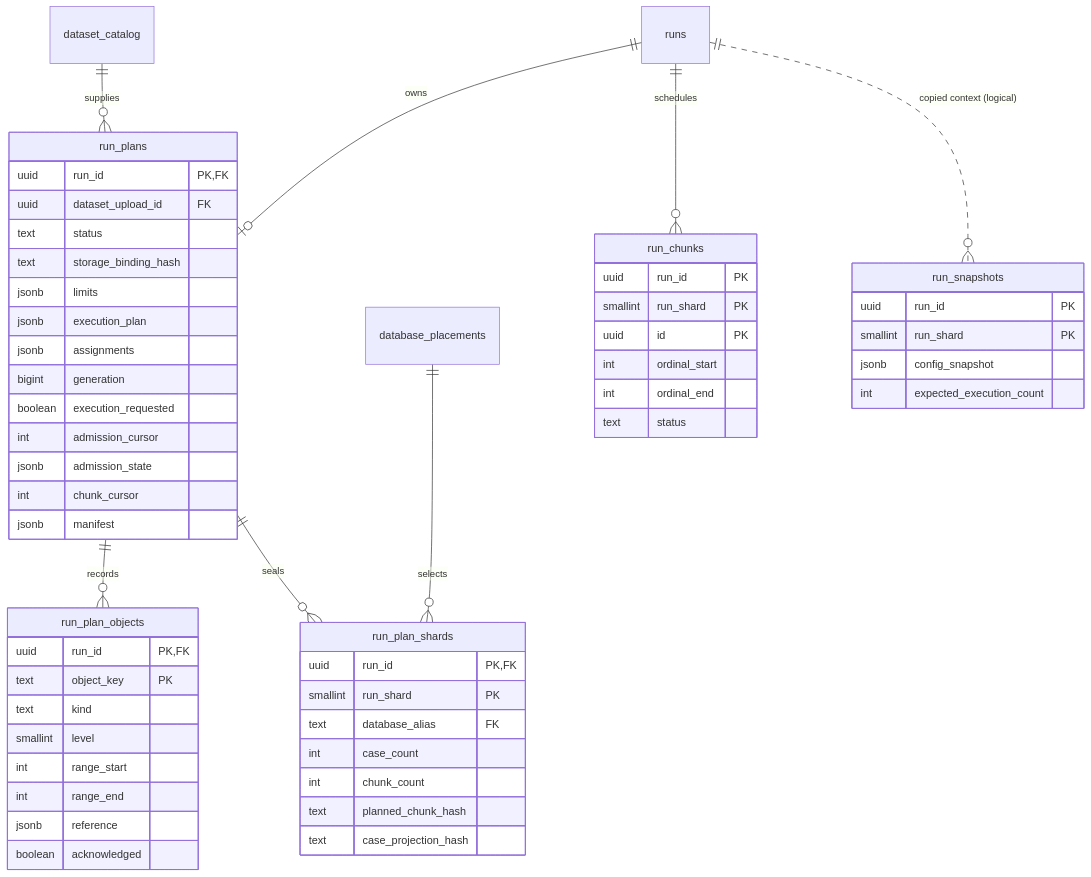
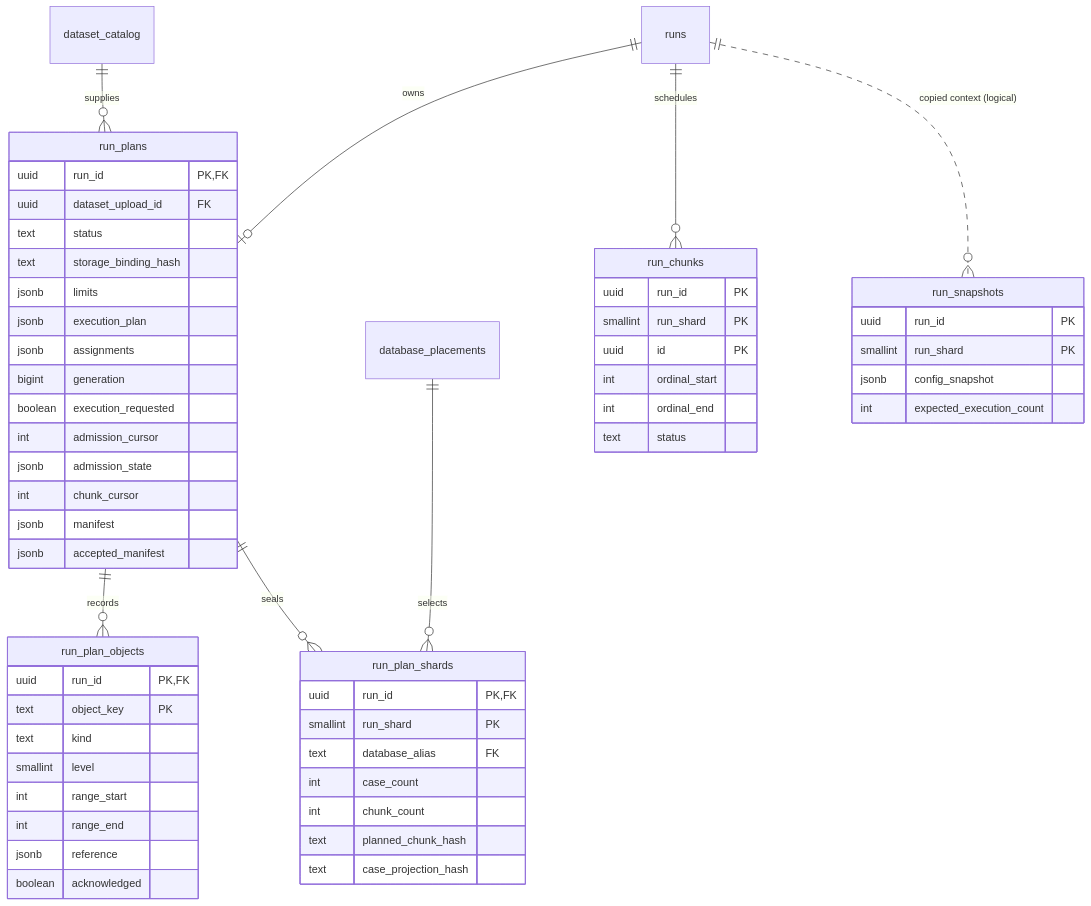
The diagram in web/docs/architecture/case-storage/preparation-data.mmd (agent-vigilo/vigilo), drawn with Mermaid before and after one commit. The commit also changed 72 other files, not shown here.

```diff
--- a/web/docs/architecture/case-storage/preparation-data.mmd
+++ b/web/docs/architecture/case-storage/preparation-data.mmd
@@ -1,56 +1,57 @@
 erDiagram
     runs ||--o| run_plans : owns
     dataset_catalog ||--o{ run_plans : supplies
     run_plans ||--o{ run_plan_objects : records
     run_plans ||--o{ run_plan_shards : seals
     database_placements ||--o{ run_plan_shards : selects
     run_plans {
         uuid run_id PK,FK
         uuid dataset_upload_id FK
         text status
         text storage_binding_hash
         jsonb limits
         jsonb execution_plan
         jsonb assignments
         bigint generation
         boolean execution_requested
         int admission_cursor
         jsonb admission_state
         int chunk_cursor
         jsonb manifest
+        jsonb accepted_manifest
     }
     run_plan_objects {
         uuid run_id PK,FK
         text object_key PK
         text kind
         smallint level
         int range_start
         int range_end
         jsonb reference
         boolean acknowledged
     }
     run_plan_shards {
         uuid run_id PK,FK
         smallint run_shard PK
         text database_alias FK
         int case_count
         int chunk_count
         text planned_chunk_hash
         text case_projection_hash
     }
     run_snapshots {
         uuid run_id PK
         smallint run_shard PK
         jsonb config_snapshot
         int expected_execution_count
     }
     run_chunks {
         uuid run_id PK
         smallint run_shard PK
         uuid id PK
         int ordinal_start
         int ordinal_end
         text status
     }
     runs ||--o{ run_chunks : schedules
     runs ||..o{ run_snapshots : "copied context (logical)"
```
